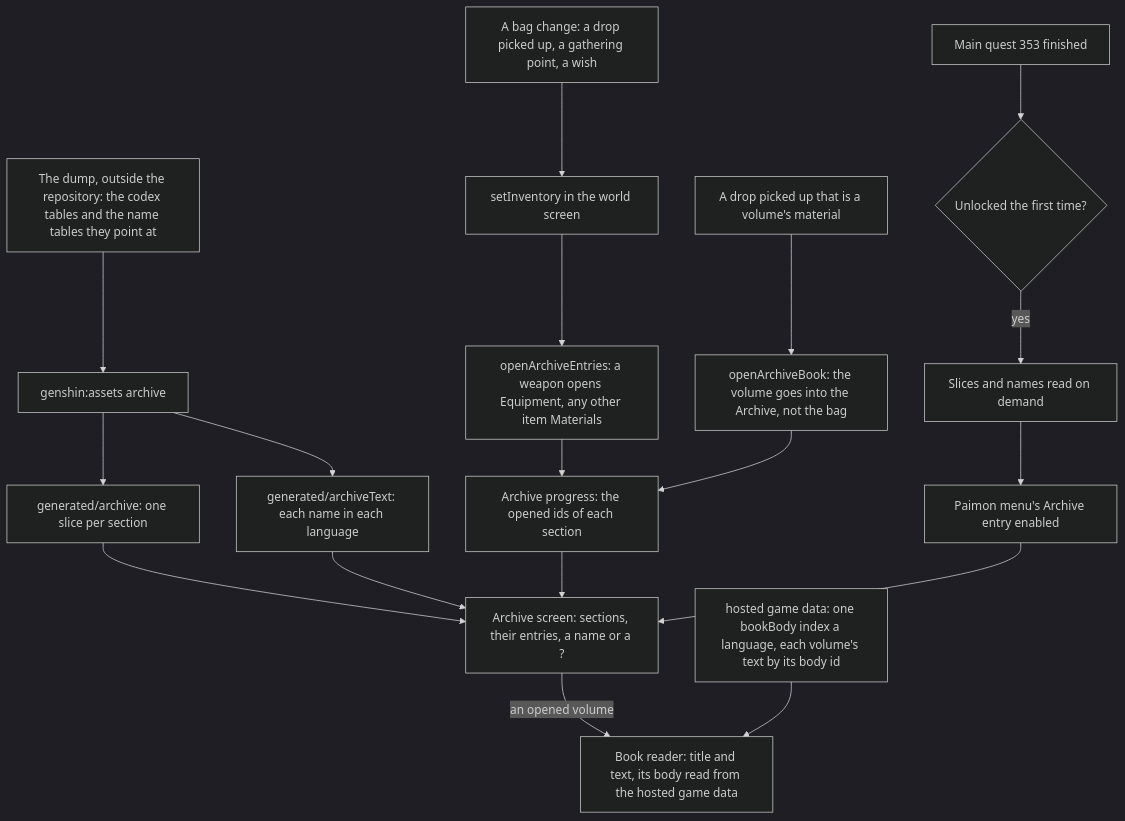
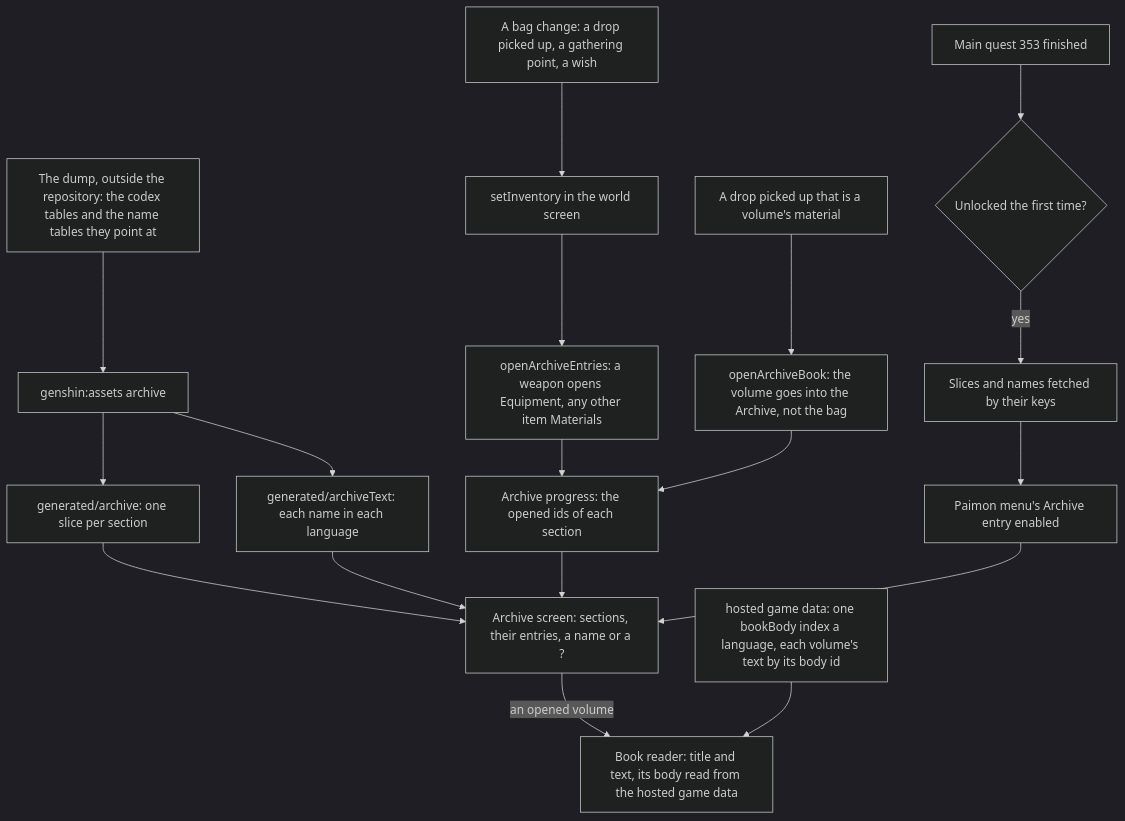
Before and after one commit to Esposter/Esposter: the diagram in apps/web/content/docs/genshin/archive.md, drawn with Mermaid (dark theme). The commit also changed other lines of this file and 68 other files, not shown here.

````diff
--- a/apps/web/content/docs/genshin/archive.md
+++ b/apps/web/content/docs/genshin/archive.md
@@ -12,20 +12,20 @@
 ```mermaid
 flowchart TD
   DUMP["The dump, outside the repository: the codex tables and the name tables they point at"] --> WRITE["genshin:assets archive"]
   WRITE --> SLICES["generated/archive: one slice per section"]
   WRITE --> WORDS["generated/archiveText: each name in each language"]
   BAG["A bag change: a drop picked up, a gathering point, a wish"] --> SET["setInventory in the world screen"]
   SET --> OPEN["openArchiveEntries: a weapon opens Equipment, any other item Materials"]
   PICK["A drop picked up that is a volume's material"] --> BOOK["openArchiveBook: the volume goes into the Archive, not the bag"]
   OPEN --> PROGRESS["Archive progress: the opened ids of each section"]
   BOOK --> PROGRESS
   SLICES --> SCREEN["Archive screen: sections, their entries, a name or a ?"]
   WORDS --> SCREEN
   PROGRESS --> SCREEN
   SCREEN -->|"an opened volume"| READER["Book reader: title and text, its body read from the hosted game data"]
   BODIES["hosted game data: one bookBody index a language, each volume's text by its body id"] --> READER
   DONE["Main quest 353 finished"] --> UNLOCK{"Unlocked the first time?"}
-  UNLOCK -->|"yes"| LOAD["Slices and names read on demand"]
+  UNLOCK -->|"yes"| LOAD["Slices and names fetched by their keys"]
   LOAD --> MENU["Paimon menu's Archive entry enabled"]
   MENU --> SCREEN
 ```
````
